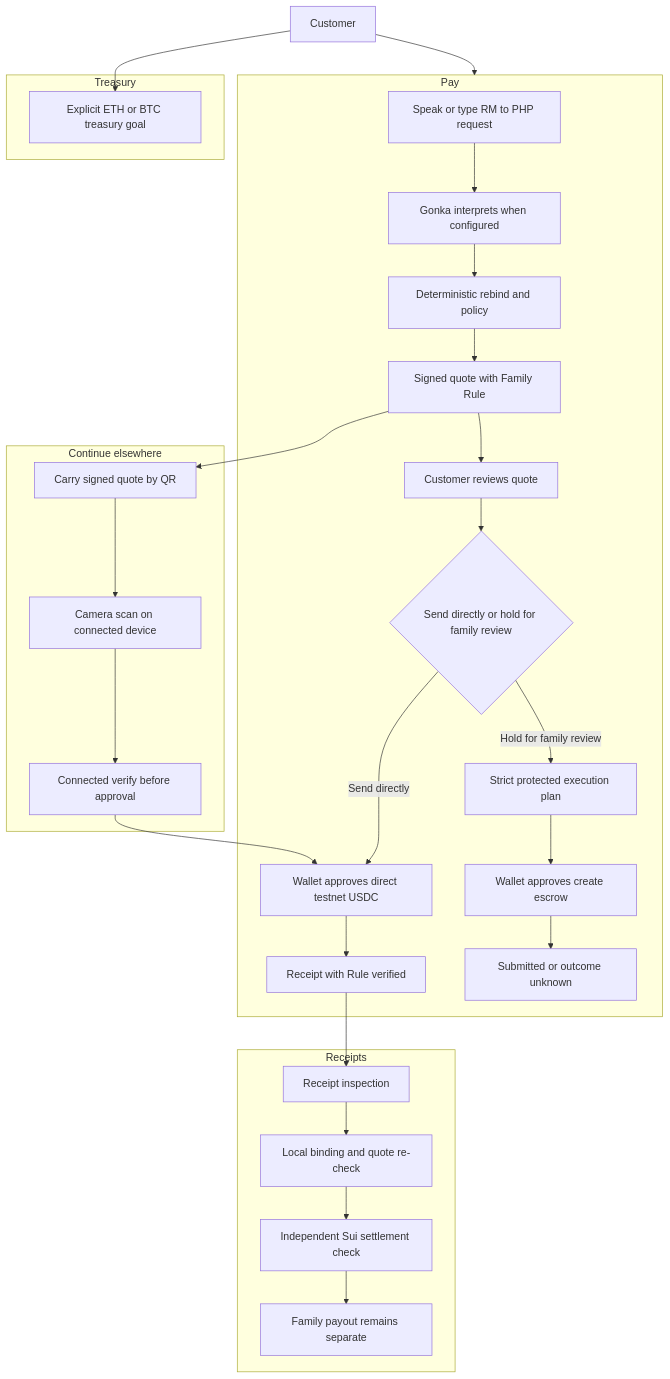
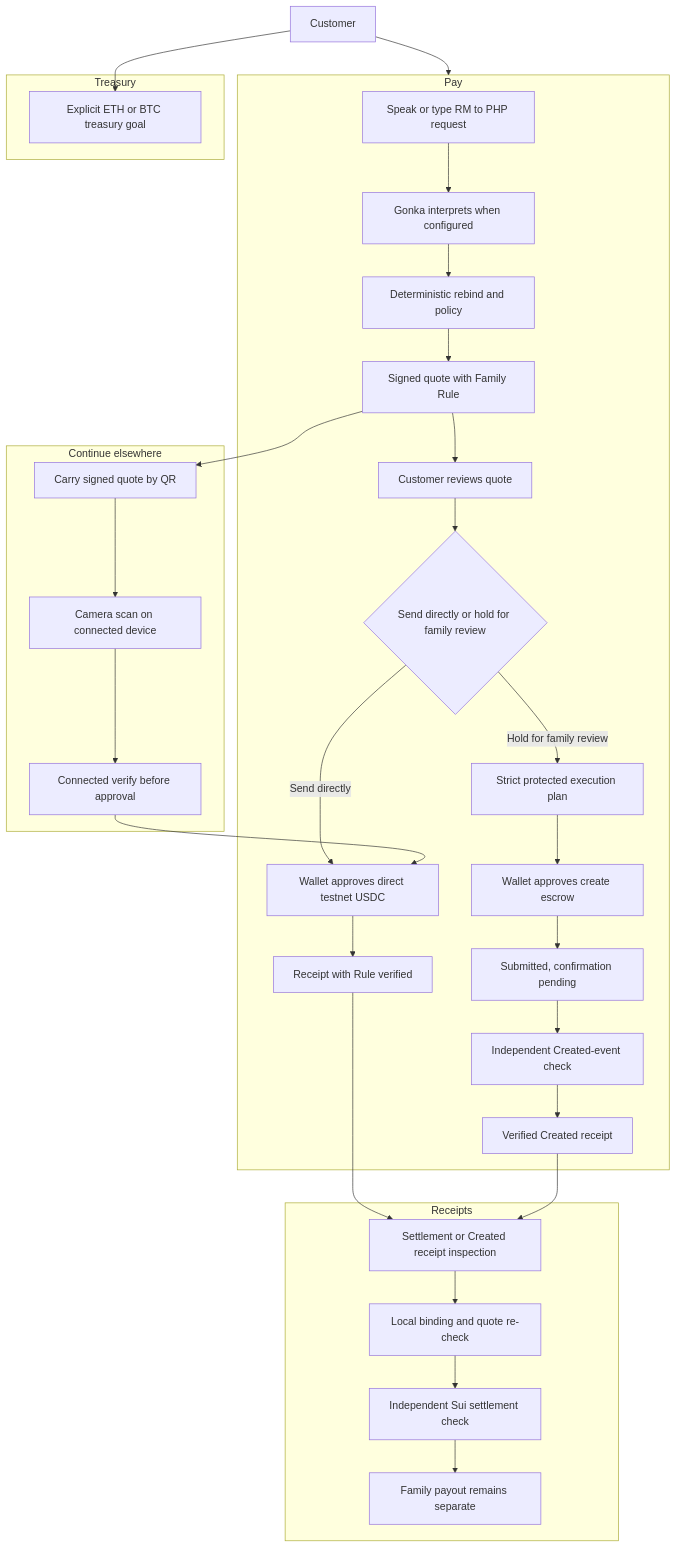
Before and after one commit to MUBA-Hack/convey-sui: the first of 4 diagrams in README.md, drawn with Mermaid. The commit also changed other lines of this file and 28 other files, not shown here.

Commit message:
Add verified family review receipts

````diff
--- a/README.md
+++ b/README.md
@@ -444,46 +458,49 @@
 ```mermaid
 flowchart TB
   Customer["Customer"]
 
   subgraph Pay["Pay"]
     Request["Speak or type RM to PHP request"]
     Interpret["Gonka interprets when configured"]
     Rebind["Deterministic rebind and policy"]
     Quote["Signed quote with Family Rule"]
     Review["Customer reviews quote"]
     Choice{"Send directly or hold for family review"}
     DirectWallet["Wallet approves direct testnet USDC"]
     HoldPlan["Strict protected execution plan"]
     HoldWallet["Wallet approves create escrow"]
     Receipt["Receipt with Rule verified"]
-    HoldStatus["Submitted or outcome unknown"]
+    HoldPending["Submitted, confirmation pending"]
+    CreatedCheck["Independent Created-event check"]
+    HoldReceipt["Verified Created receipt"]
     Request --> Interpret --> Rebind --> Quote --> Review --> Choice
     Choice -->|Send directly| DirectWallet --> Receipt
-    Choice -->|Hold for family review| HoldPlan --> HoldWallet --> HoldStatus
+    Choice -->|Hold for family review| HoldPlan --> HoldWallet --> HoldPending --> CreatedCheck --> HoldReceipt
   end
 
   subgraph Carry["Continue elsewhere"]
     Qr["Carry signed quote by QR"]
     Scan["Camera scan on connected device"]
     QuoteCheck["Connected verify before approval"]
     Qr --> Scan --> QuoteCheck
   end
 
   subgraph Protect["Treasury"]
     Eth["Explicit ETH or BTC treasury goal"]
   end
 
   subgraph ReceiptsArea["Receipts"]
-    ReceiptReview["Receipt inspection"]
+    ReceiptReview["Settlement or Created receipt inspection"]
     ReceiptEvidence["Local binding and quote re-check"]
     SuiCheck["Independent Sui settlement check"]
     PayoutState["Family payout remains separate"]
     ReceiptReview --> ReceiptEvidence --> SuiCheck --> PayoutState
   end
 
   Customer --> Pay
   Quote --> Qr
   QuoteCheck --> DirectWallet
   Customer --> Eth
   Receipt --> ReceiptReview
+  HoldReceipt --> ReceiptReview
 ```
````
